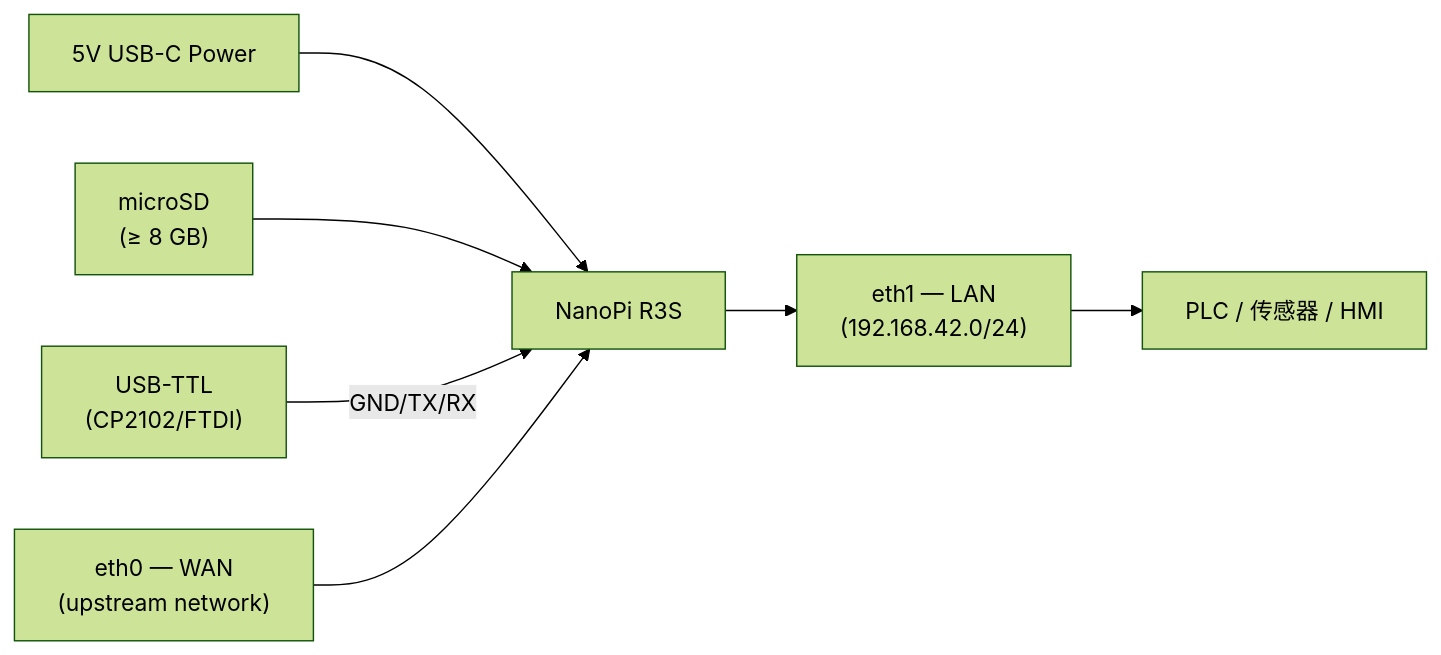
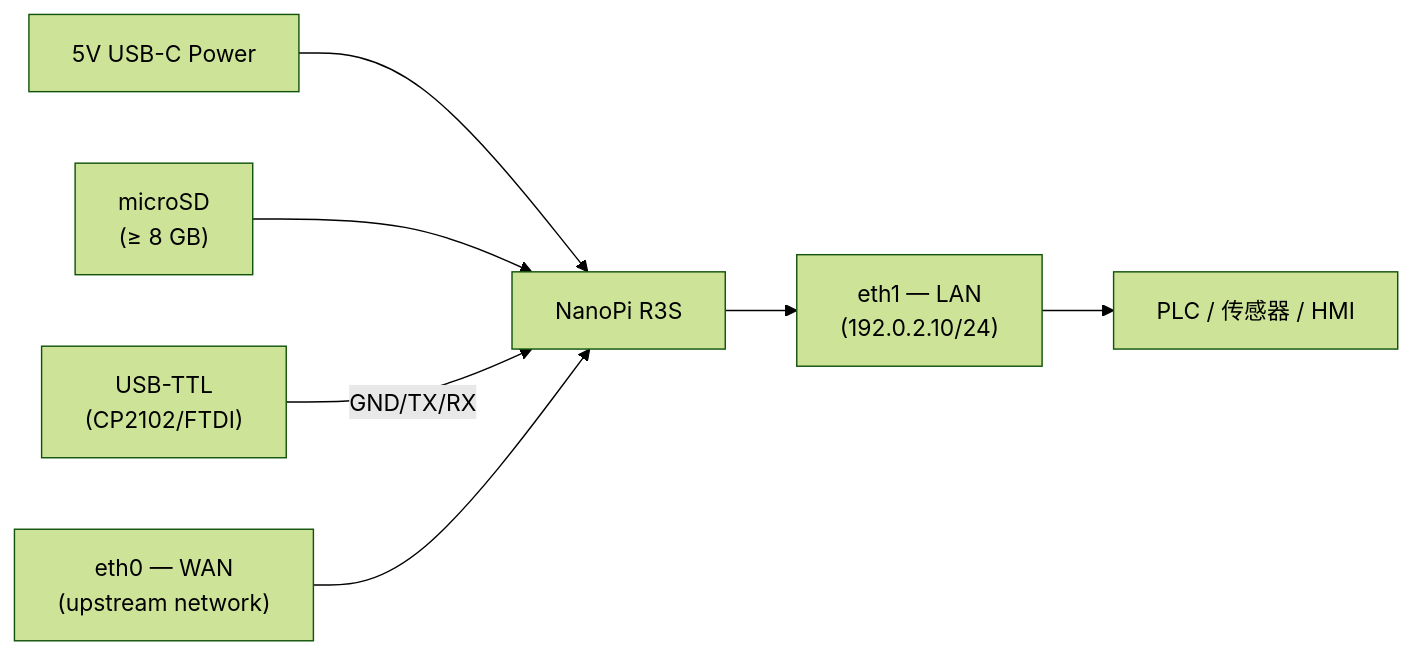
One commit to celestia-island/aris changed the first of 4 diagrams in docs/zh-Hans/guides/deployment.md. Above: the diagram before and after it, drawn with Mermaid (forest theme). The commit also changed other lines of this file and 18 other files, not shown here.

````diff
--- a/docs/zh-Hans/guides/deployment.md
+++ b/docs/zh-Hans/guides/deployment.md
@@ -21,9 +21,9 @@
 ```mermaid
 flowchart LR
     PWR["5V USB-C Power"] --> Board["NanoPi R3S"]
     SD["microSD\n(≥ 8 GB)"] --> Board
     TTL["USB-TTL\n(CP2102/FTDI)"] -->|GND/TX/RX| Board
     WAN["eth0 — WAN\n(upstream network)"] --> Board
-    Board --> LAN["eth1 — LAN\n(192.168.42.0/24)"]
+    Board --> LAN["eth1 — LAN\n(192.0.2.10/24)"]
     LAN --> PLC["PLC / 传感器 / HMI"]
 ```
````
